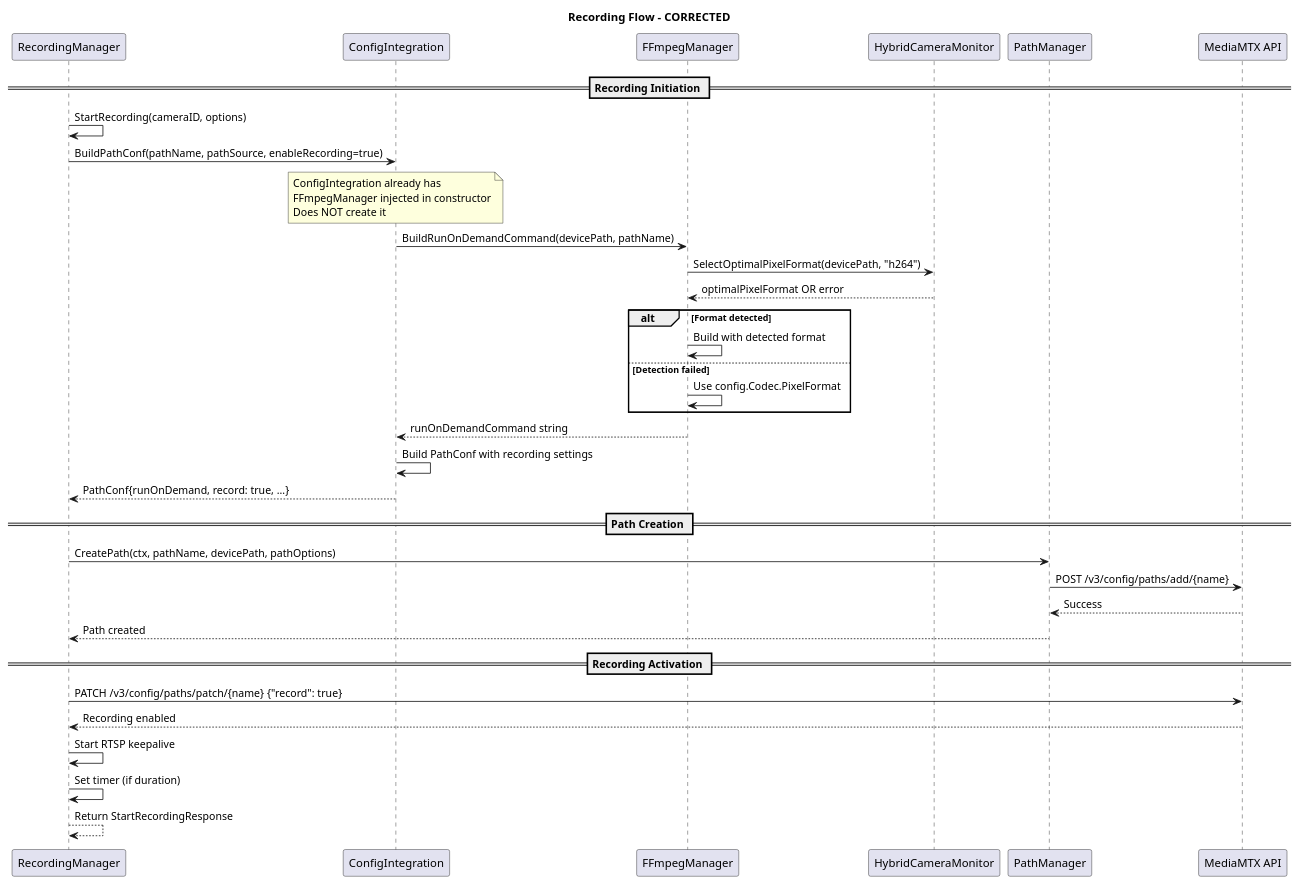
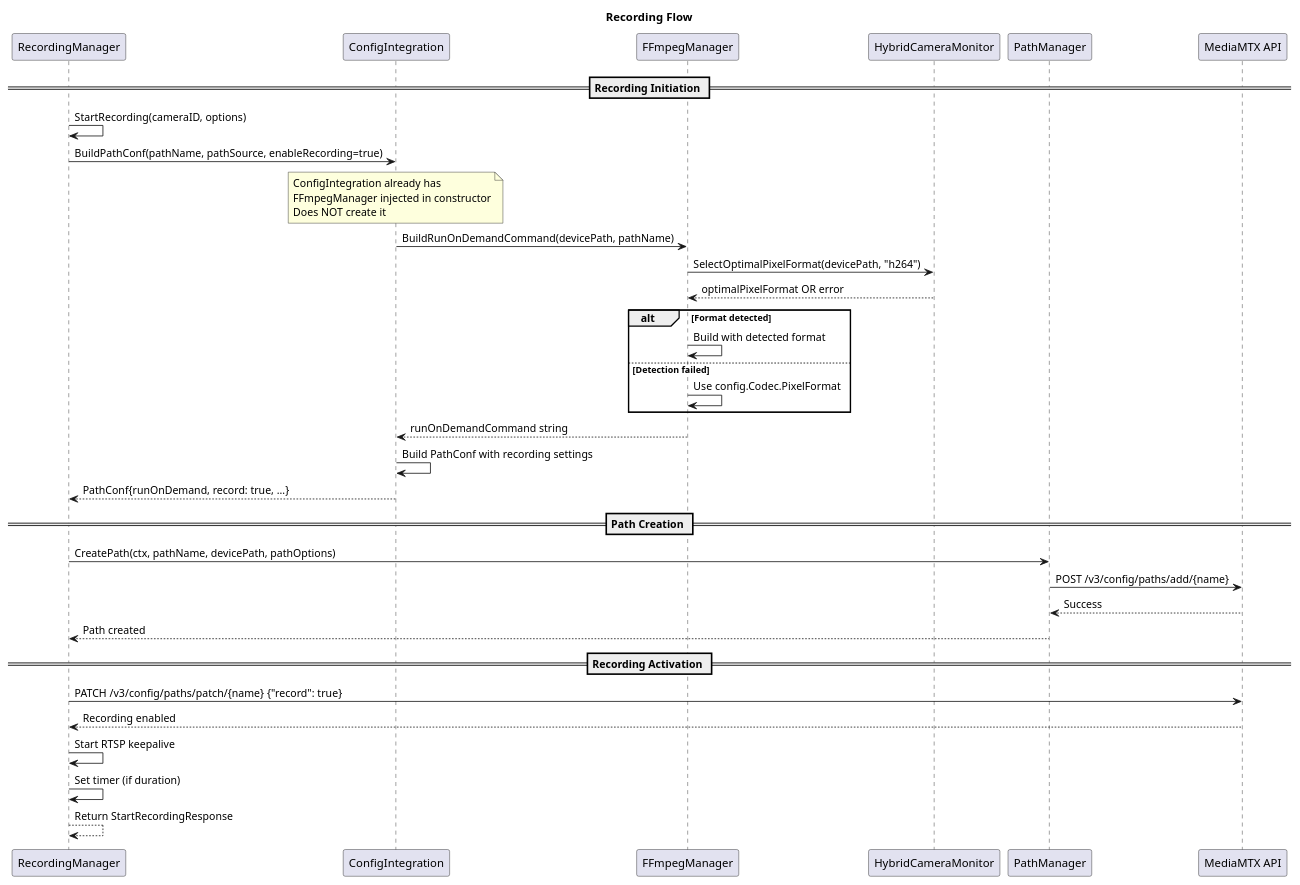
One commit to CarlosSprekelsen/CameraRecorder changed diagram 16 of 30 in mediamtx-camera-service-go/docs/architecture/go-architecture-guide.md. Above: the diagram before and after it, drawn with PlantUML. The commit also changed other lines of this file and 11 other files, not shown here.

````diff
--- a/mediamtx-camera-service-go/docs/architecture/go-architecture-guide.md
+++ b/mediamtx-camera-service-go/docs/architecture/go-architecture-guide.md
@@ -786,51 +784,51 @@
 ```plantuml
-@startuml RecordingFlowCorrected
-title Recording Flow - CORRECTED
+@startuml RecordingFlow
+title Recording Flow
 
 participant "RecordingManager" as RM
 participant "ConfigIntegration" as CI
 participant "FFmpegManager" as FM
 participant "HybridCameraMonitor" as HCM
 participant "PathManager" as PM
 participant "MediaMTX API" as API
 
 == Recording Initiation ==
 RM -> RM: StartRecording(cameraID, options)
 RM -> CI: BuildPathConf(pathName, pathSource, enableRecording=true)
 
 note over CI
 ConfigIntegration already has
 FFmpegManager injected in constructor
 Does NOT create it
 end note
 
 CI -> FM: BuildRunOnDemandCommand(devicePath, pathName)
 FM -> HCM: SelectOptimalPixelFormat(devicePath, "h264")
 HCM --> FM: optimalPixelFormat OR error
 
 alt Format detected
     FM -> FM: Build with detected format
 else Detection failed
     FM -> FM: Use config.Codec.PixelFormat
 end
 
 FM --> CI: runOnDemandCommand string
 CI -> CI: Build PathConf with recording settings
 CI --> RM: PathConf{runOnDemand, record: true, ...}
 
 == Path Creation ==
 RM -> PM: CreatePath(ctx, pathName, devicePath, pathOptions)
 PM -> API: POST /v3/config/paths/add/{name}
 API --> PM: Success
 PM --> RM: Path created
 
 == Recording Activation ==
 RM -> API: PATCH /v3/config/paths/patch/{name} {"record": true}
 API --> RM: Recording enabled
 RM -> RM: Start RTSP keepalive
 RM -> RM: Set timer (if duration)
 
 RM --> RM: Return StartRecordingResponse
 
 @enduml
 ```
````
